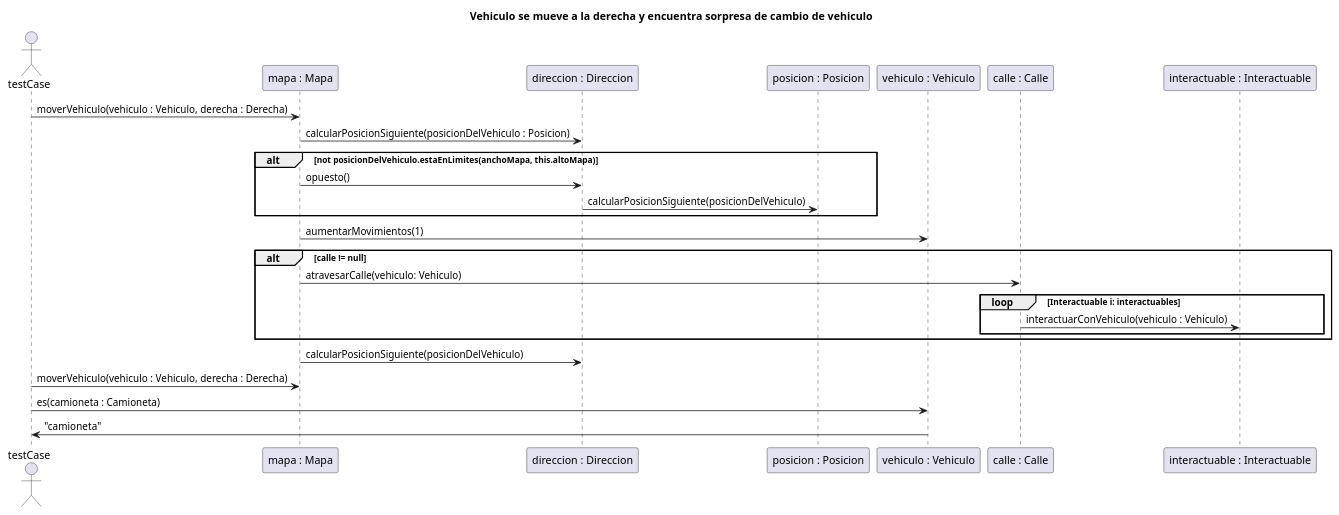
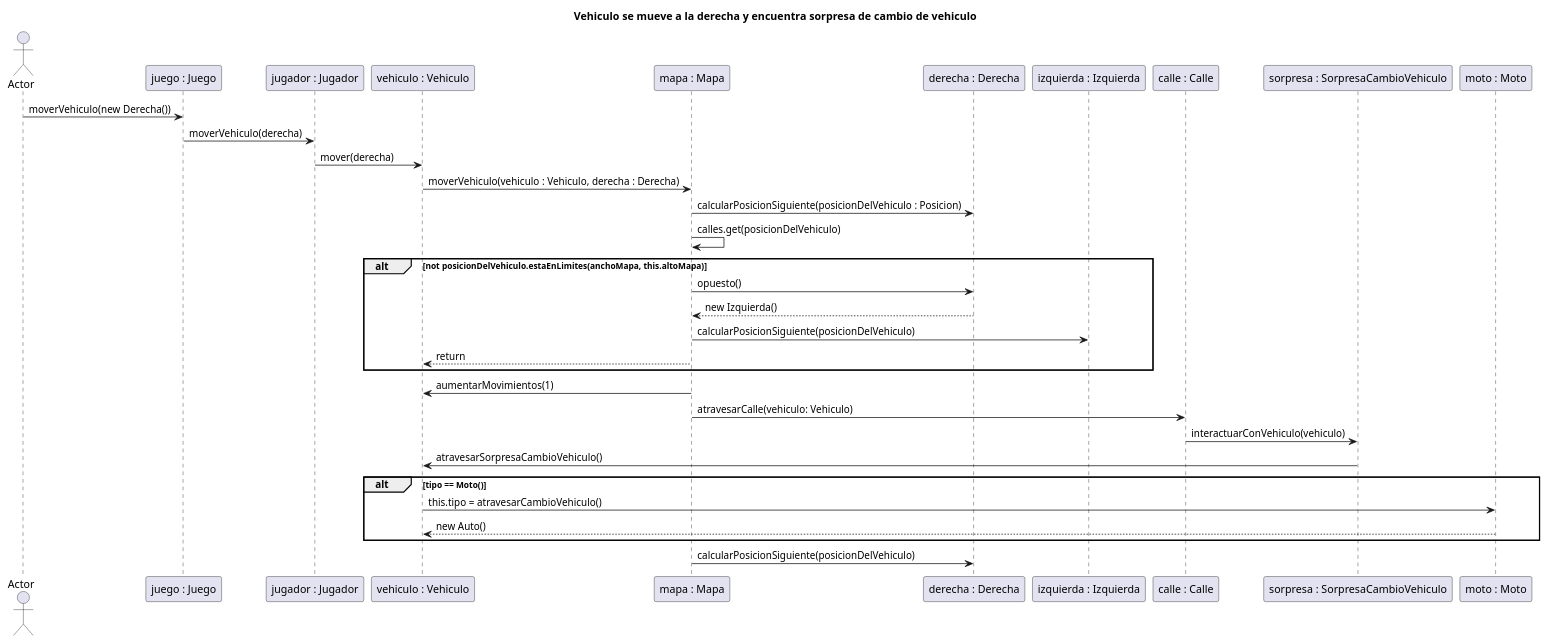
One commit to ianmku/algo3_tp2 changed the diagram in diagrams/sequences/entrega4/vehiculoEnuentraSorpresaCambioDeVehiculo.puml. Above: the diagram before and after it, drawn with PlantUML. The commit also changed 3 other files, not shown here.

Commit message:
se agrega diagrama de secuencia

```diff
--- a/diagrams/sequences/entrega4/vehiculoEnuentraSorpresaCambioDeVehiculo.puml
+++ b/diagrams/sequences/entrega4/vehiculoEnuentraSorpresaCambioDeVehiculo.puml
@@ -1,22 +1,26 @@
 @startuml
 title "Vehiculo se mueve a la derecha y encuentra sorpresa de cambio de vehiculo"
-actor testCase
+actor Actor
 
-testCase -> "mapa : Mapa" : moverVehiculo(vehiculo : Vehiculo, derecha : Derecha)
-"mapa : Mapa" -> "direccion : Direccion" : calcularPosicionSiguiente(posicionDelVehiculo : Posicion)
+Actor -> "juego : Juego" : moverVehiculo(new Derecha())
+"juego : Juego" -> "jugador : Jugador" : moverVehiculo(derecha)
+"jugador : Jugador" -> "vehiculo : Vehiculo" : mover(derecha)
+"vehiculo : Vehiculo" -> "mapa : Mapa" : moverVehiculo(vehiculo : Vehiculo, derecha : Derecha)
+"mapa : Mapa" -> "derecha : Derecha" : calcularPosicionSiguiente(posicionDelVehiculo : Posicion)
+"mapa : Mapa" -> "mapa : Mapa" : calles.get(posicionDelVehiculo)
 alt not posicionDelVehiculo.estaEnLimites(anchoMapa, this.altoMapa)
-"mapa : Mapa" -> "direccion : Direccion" : opuesto()
-"direccion : Direccion" -> "posicion : Posicion" : calcularPosicionSiguiente(posicionDelVehiculo)
+"mapa : Mapa" -> "derecha : Derecha" : opuesto()
+"derecha : Derecha" --> "mapa : Mapa" : new Izquierda()
+"mapa : Mapa" -> "izquierda : Izquierda" : calcularPosicionSiguiente(posicionDelVehiculo)
+"mapa : Mapa" --> "vehiculo : Vehiculo" : return
 end
 "mapa : Mapa" -> "vehiculo : Vehiculo" : aumentarMovimientos(1)
-alt calle != null
 "mapa : Mapa" -> "calle : Calle" : atravesarCalle(vehiculo: Vehiculo)
-loop Interactuable i: interactuables
-"calle : Calle" -> "interactuable : Interactuable" : interactuarConVehiculo(vehiculo : Vehiculo)
+"calle : Calle" -> "sorpresa : SorpresaCambioVehiculo" : interactuarConVehiculo(vehiculo)
+"sorpresa : SorpresaCambioVehiculo" -> "vehiculo : Vehiculo" : atravesarSorpresaCambioVehiculo()
+alt tipo == Moto()
+"vehiculo : Vehiculo" -> "moto : Moto" : this.tipo = atravesarCambioVehiculo()
+"moto : Moto" --> "vehiculo : Vehiculo" : new Auto()
 end
-end
-"mapa : Mapa" -> "direccion : Direccion" : calcularPosicionSiguiente(posicionDelVehiculo)
-testCase -> "mapa : Mapa" : moverVehiculo(vehiculo : Vehiculo, derecha : Derecha)
-testCase -> "vehiculo : Vehiculo" : es(camioneta : Camioneta)
-"vehiculo : Vehiculo" -> testCase : "camioneta"
+"mapa : Mapa" -> "derecha : Derecha" : calcularPosicionSiguiente(posicionDelVehiculo)
 @enduml
```
